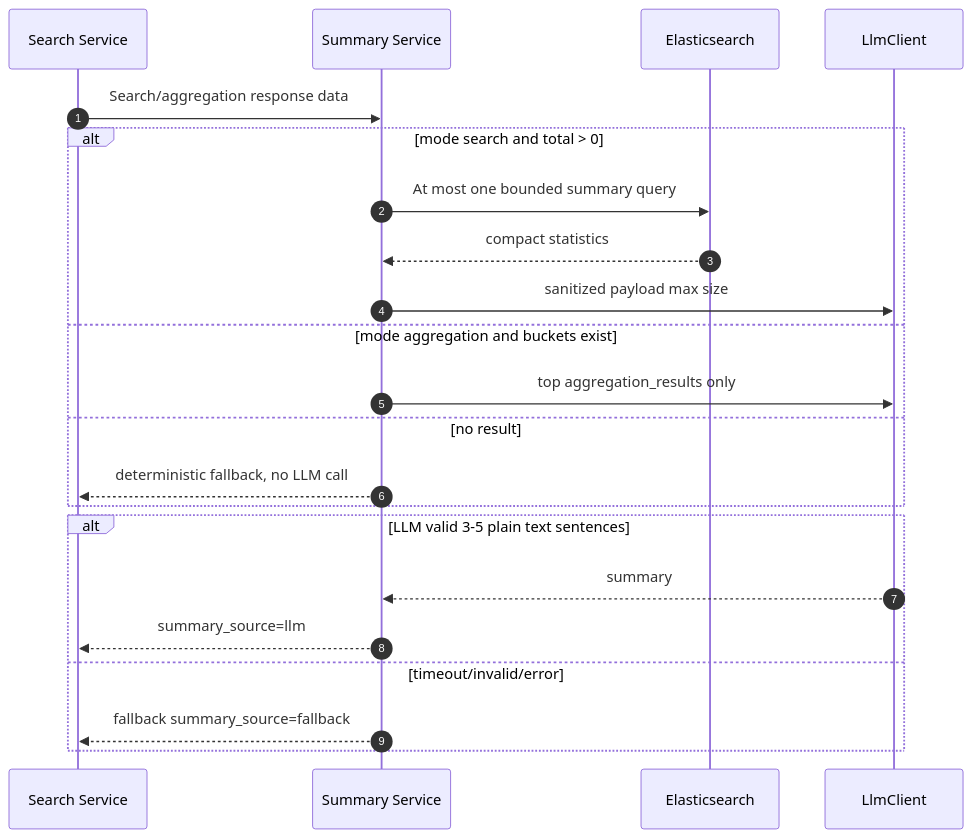
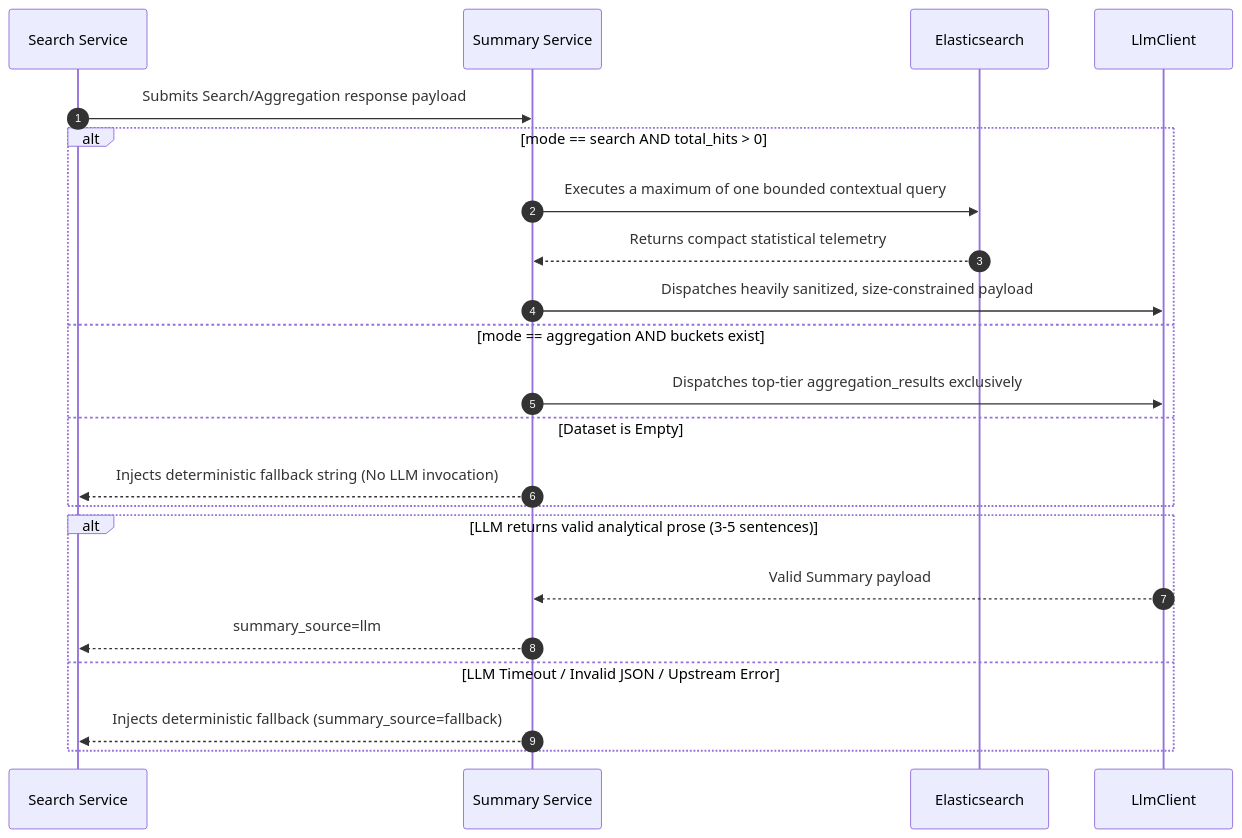
Before and after one commit to PhamVanMinhBinhThuan/soc-ai-search: the seventh of 9 diagrams in docs/sequence-flow.md, drawn with Mermaid. The commit also changed other lines of this file and 7 other files, not shown here.

````diff
--- a/docs/sequence-flow.md
+++ b/docs/sequence-flow.md
@@ -242,27 +262,27 @@
 ```mermaid
 sequenceDiagram
     autonumber
     participant Search as Search Service
     participant Summary as Summary Service
     participant ES as Elasticsearch
     participant LLM as LlmClient
 
-    Search->>Summary: Search/aggregation response data
+    Search->>Summary: Submits Search/Aggregation response payload
 
-    alt mode search and total > 0
-        Summary->>ES: At most one bounded summary query
-        ES-->>Summary: compact statistics
-        Summary->>LLM: sanitized payload max size
-    else mode aggregation and buckets exist
-        Summary->>LLM: top aggregation_results only
-    else no result
-        Summary-->>Search: deterministic fallback, no LLM call
+    alt mode == search AND total_hits > 0
+        Summary->>ES: Executes a maximum of one bounded contextual query
+        ES-->>Summary: Returns compact statistical telemetry
+        Summary->>LLM: Dispatches heavily sanitized, size-constrained payload
+    else mode == aggregation AND buckets exist
+        Summary->>LLM: Dispatches top-tier aggregation_results exclusively
+    else Dataset is Empty
+        Summary-->>Search: Injects deterministic fallback string (No LLM invocation)
     end
 
-    alt LLM valid 3-5 plain text sentences
-        LLM-->>Summary: summary
+    alt LLM returns valid analytical prose (3-5 sentences)
+        LLM-->>Summary: Valid Summary payload
         Summary-->>Search: summary_source=llm
-    else timeout/invalid/error
-        Summary-->>Search: fallback summary_source=fallback
+    else LLM Timeout / Invalid JSON / Upstream Error
+        Summary-->>Search: Injects deterministic fallback (summary_source=fallback)
     end
 ```
````
